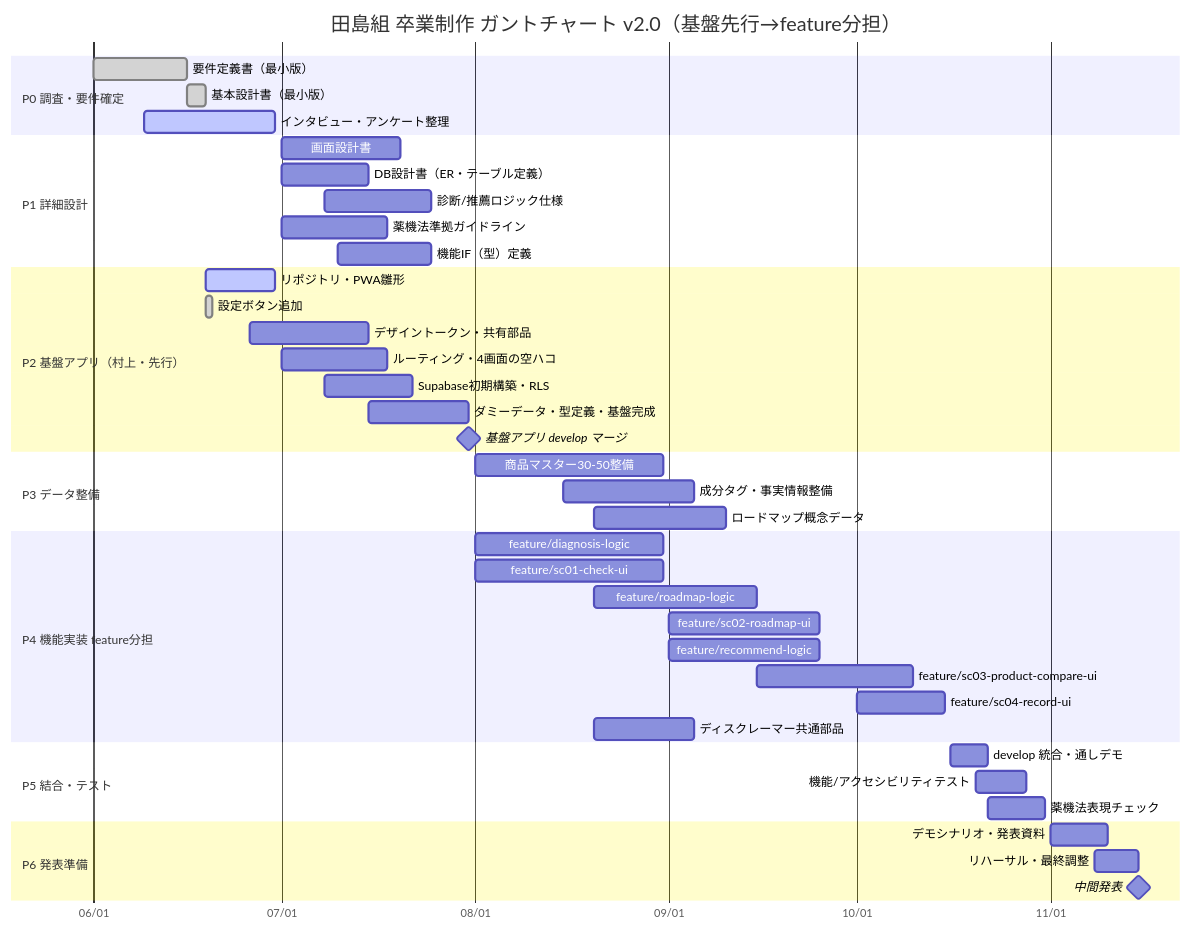
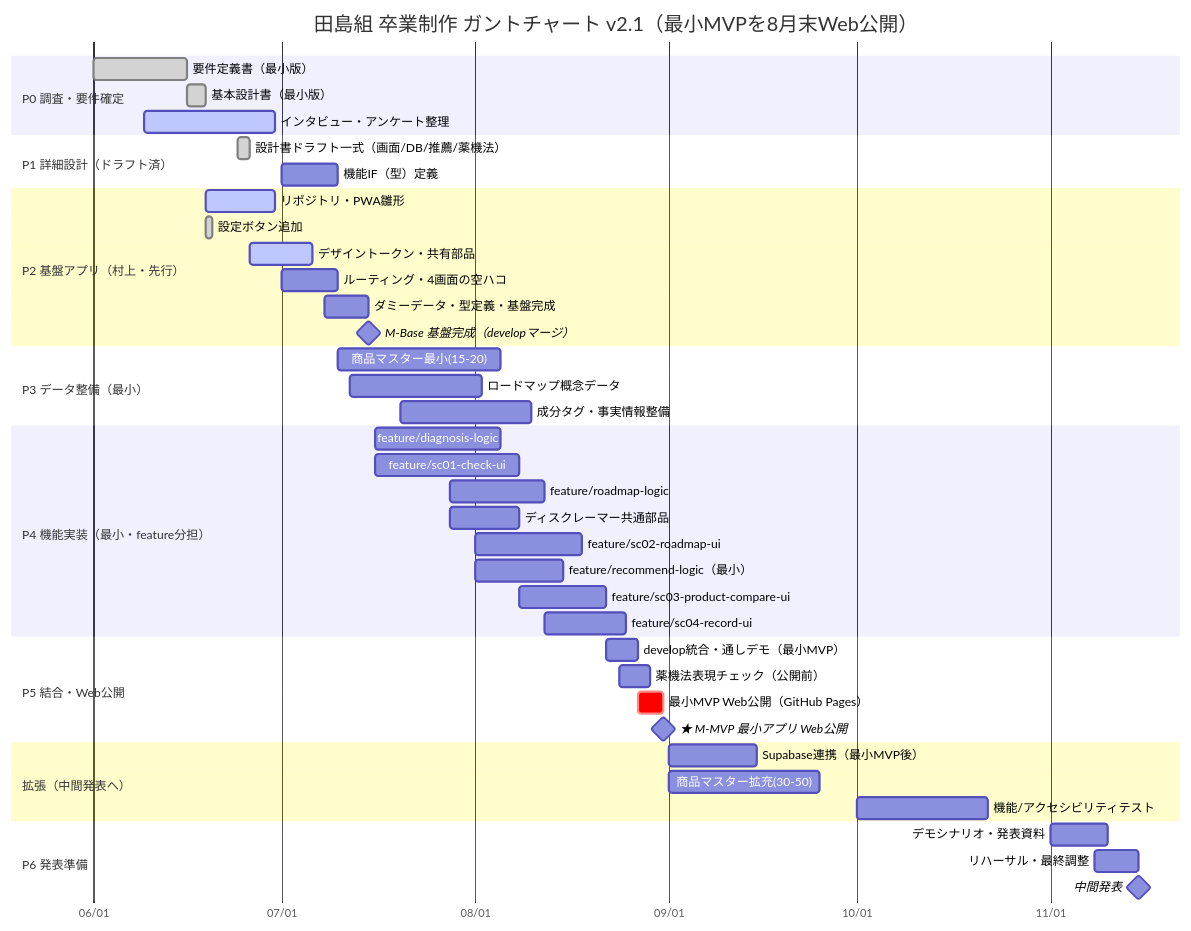
The diagram in docs/schedule/ガントチャート_v2.0.md (itiwoja/tazimagumi_dev_team), drawn with Mermaid before and after one commit. The commit also changed other lines of this file and 1 other file, not shown here.

````diff
--- a/docs/schedule/ガントチャート_v2.0.md
+++ b/docs/schedule/ガントチャート_v2.0.md
@@ -72,52 +74,54 @@
 ```mermaid
 gantt
-    title 田島組 卒業制作 ガントチャート v2.0（基盤先行→feature分担）
+    title 田島組 卒業制作 ガントチャート v2.1（最小MVPを8月末Web公開）
     dateFormat  YYYY-MM-DD
     axisFormat  %m/%d
 
     section P0 調査・要件確定
     要件定義書（最小版）           :done,    p0a, 2026-06-01, 2026-06-16
     基本設計書（最小版）           :done,    p0c, 2026-06-16, 2026-06-19
     インタビュー・アンケート整理     :active,  p0b, 2026-06-09, 2026-06-30
 
-    section P1 詳細設計
-    画面設計書                     :         p1b, 2026-07-01, 2026-07-20
-    DB設計書（ER・テーブル定義）     :        p1c, 2026-07-01, 2026-07-15
-    診断/推薦ロジック仕様           :         p1d, 2026-07-08, 2026-07-25
-    薬機法準拠ガイドライン         :         p1f, 2026-07-01, 2026-07-18
-    機能IF（型）定義               :         p1g, 2026-07-10, 2026-07-25
+    section P1 詳細設計（ドラフト済）
+    設計書ドラフト一式（画面/DB/推薦/薬機法）:done, p1x, 2026-06-24, 2026-06-26
+    機能IF（型）定義               :         p1g, 2026-07-01, 2026-07-10
 
     section P2 基盤アプリ（村上・先行）
     リポジトリ・PWA雛形            :active,  p2a, 2026-06-19, 2026-06-30
     設定ボタン追加                 :done,    p2s, 2026-06-19, 1d
-    デザイントークン・共有部品      :        p2c, 2026-06-26, 2026-07-15
-    ルーティング・4画面の空ハコ      :       p2d, 2026-07-01, 2026-07-18
-    Supabase初期構築・RLS          :        p2b, 2026-07-08, 2026-07-22
-    ダミーデータ・型定義・基盤完成    :       p2e, 2026-07-15, 2026-07-31
-    基盤アプリ develop マージ        :milestone, mbase, 2026-07-31, 0d
+    デザイントークン・共有部品      :active,  p2c, 2026-06-26, 2026-07-06
+    ルーティング・4画面の空ハコ      :       p2d, 2026-07-01, 2026-07-10
+    ダミーデータ・型定義・基盤完成    :       p2e, 2026-07-08, 2026-07-15
+    M-Base 基盤完成（developマージ）:milestone, mbase, 2026-07-15, 0d
 
-    section P3 データ整備
-    商品マスター30-50整備          :         p3a, 2026-08-01, 2026-08-31
-    成分タグ・事実情報整備          :        p3b, 2026-08-15, 2026-09-05
-    ロードマップ概念データ          :        p3c, 2026-08-20, 2026-09-10
+    section P3 データ整備（最小）
+    商品マスター最小(15-20)         :        p3a, 2026-07-10, 2026-08-05
+    ロードマップ概念データ          :        p3c, 2026-07-12, 2026-08-02
+    成分タグ・事実情報整備          :        p3b, 2026-07-20, 2026-08-10
 
-    section P4 機能実装 feature分担
-    feature/diagnosis-logic         :        p4b, 2026-08-01, 2026-08-31
-    feature/sc01-check-ui           :        p4a, 2026-08-01, 2026-08-31
-    feature/roadmap-logic           :        p4g, 2026-08-20, 2026-09-15
-    feature/sc02-roadmap-ui         :        p4c, 2026-09-01, 2026-09-25
-    feature/recommend-logic         :        p4h, 2026-09-01, 2026-09-25
-    feature/sc03-product-compare-ui :        p4d, 2026-09-15, 2026-10-10
-    feature/sc04-record-ui          :        p4e, 2026-10-01, 2026-10-15
-    ディスクレーマー共通部品        :        p4f, 2026-08-20, 2026-09-05
+    section P4 機能実装（最小・feature分担）
+    feature/diagnosis-logic         :        p4b, 2026-07-16, 2026-08-05
+    feature/sc01-check-ui           :        p4a, 2026-07-16, 2026-08-08
+    feature/roadmap-logic           :        p4g, 2026-07-28, 2026-08-12
+    ディスクレーマー共通部品        :        p4f, 2026-07-28, 2026-08-08
+    feature/sc02-roadmap-ui         :        p4c, 2026-08-01, 2026-08-18
+    feature/recommend-logic（最小） :        p4h, 2026-08-01, 2026-08-15
+    feature/sc03-product-compare-ui :        p4d, 2026-08-08, 2026-08-22
+    feature/sc04-record-ui          :        p4e, 2026-08-12, 2026-08-25
 
-    section P5 結合・テスト
-    develop 統合・通しデモ           :       p5a, 2026-10-16, 2026-10-22
-    機能/アクセシビリティテスト      :       p5b, 2026-10-20, 2026-10-28
-    薬機法表現チェック             :        p5c, 2026-10-22, 2026-10-31
+    section P5 結合・Web公開
+    develop統合・通しデモ（最小MVP）:       p5a, 2026-08-22, 2026-08-27
+    薬機法表現チェック（公開前）    :        p5c, 2026-08-24, 2026-08-29
+    最小MVP Web公開（GitHub Pages） :crit,   p5d, 2026-08-27, 2026-08-31
+    ★ M-MVP 最小アプリ Web公開      :milestone, mmvp, 2026-08-31, 0d
+
+    section 拡張（中間発表へ）
+    Supabase連携（最小MVP後）        :       p2b, 2026-09-01, 2026-09-15
+    商品マスター拡充(30-50)          :       p3d, 2026-09-01, 2026-09-25
+    機能/アクセシビリティテスト      :       p5b, 2026-10-01, 2026-10-22
 
     section P6 発表準備
     デモシナリオ・発表資料          :        p6a, 2026-11-01, 2026-11-10
     リハーサル・最終調整           :        p6b, 2026-11-08, 2026-11-15
     中間発表                       :milestone, m1, 2026-11-15, 0d
 ```
````
